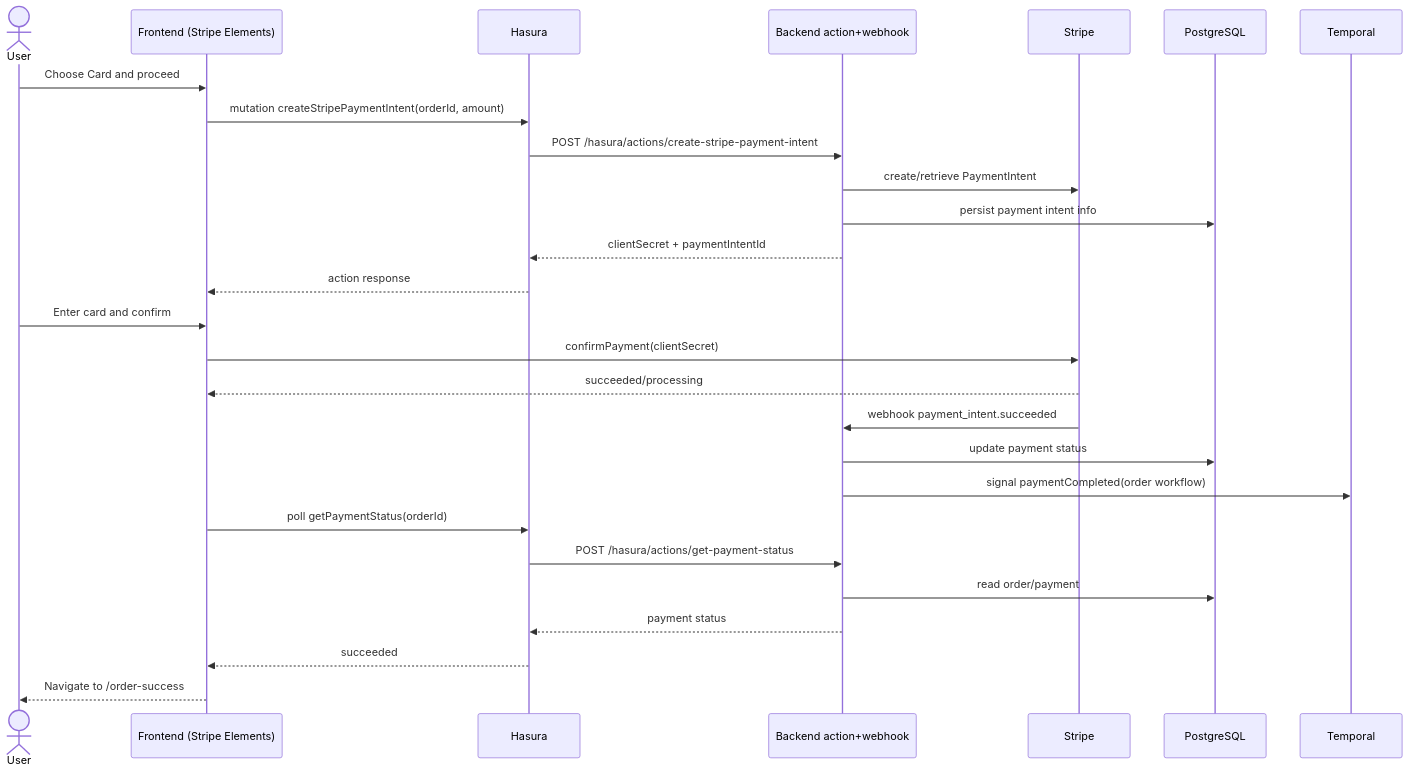
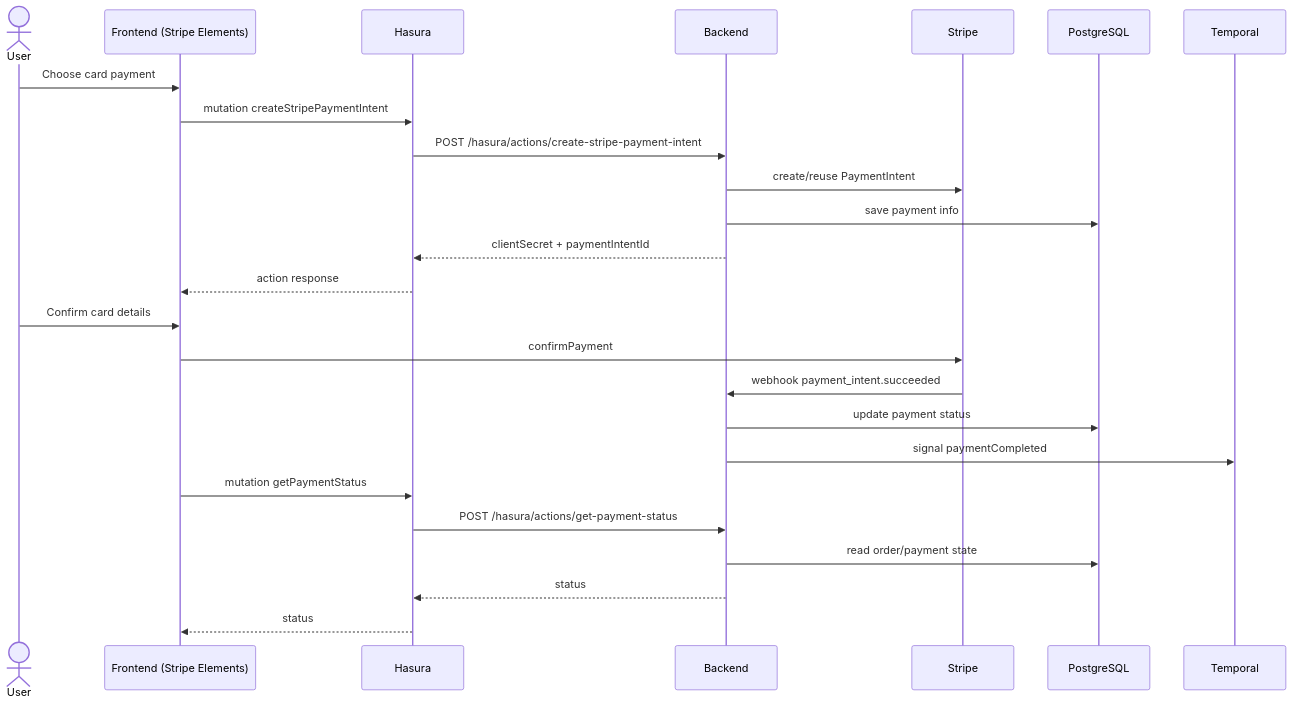
One commit to 007abishek/react-frontend changed the fifth of 7 diagrams in SEQUENCE_DIAGRAMS.md. Above: the diagram before and after it, drawn with Mermaid. The commit also changed other lines of this file and 24 other files, not shown here.

````diff
--- a/SEQUENCE_DIAGRAMS.md
+++ b/SEQUENCE_DIAGRAMS.md
@@ -95,33 +93,30 @@
 ```mermaid
 sequenceDiagram
   actor U as User
   participant FE as Frontend (Stripe Elements)
   participant H as Hasura
-  participant BE as Backend action+webhook
+  participant BE as Backend
   participant S as Stripe
   participant DB as PostgreSQL
   participant T as Temporal
 
-  U->>FE: Choose Card and proceed
-  FE->>H: mutation createStripePaymentIntent(orderId, amount)
+  U->>FE: Choose card payment
+  FE->>H: mutation createStripePaymentIntent
   H->>BE: POST /hasura/actions/create-stripe-payment-intent
-  BE->>S: create/retrieve PaymentIntent
-  BE->>DB: persist payment intent info
+  BE->>S: create/reuse PaymentIntent
+  BE->>DB: save payment info
   BE-->>H: clientSecret + paymentIntentId
   H-->>FE: action response
 
-  U->>FE: Enter card and confirm
-  FE->>S: confirmPayment(clientSecret)
-  S-->>FE: succeeded/processing
-
+  U->>FE: Confirm card details
+  FE->>S: confirmPayment
   S->>BE: webhook payment_intent.succeeded
   BE->>DB: update payment status
-  BE->>T: signal paymentCompleted(order workflow)
+  BE->>T: signal paymentCompleted
 
-  FE->>H: poll getPaymentStatus(orderId)
+  FE->>H: mutation getPaymentStatus
   H->>BE: POST /hasura/actions/get-payment-status
-  BE->>DB: read order/payment
-  BE-->>H: payment status
-  H-->>FE: succeeded
-  FE-->>U: Navigate to /order-success
+  BE->>DB: read order/payment state
+  BE-->>H: status
+  H-->>FE: status
 ```
````
